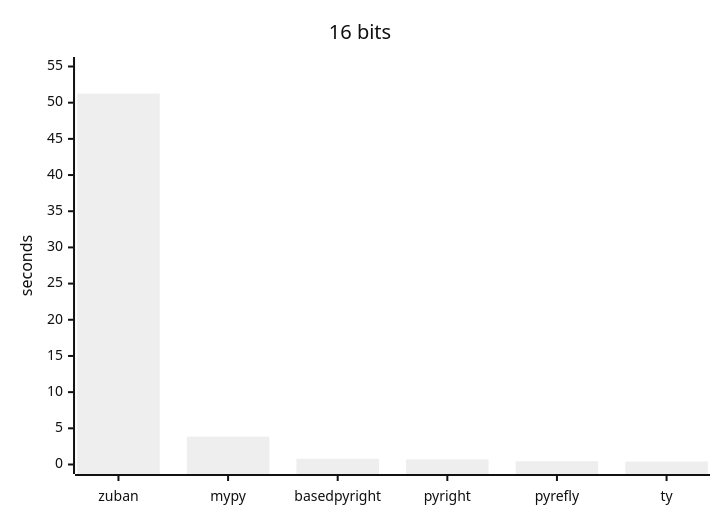
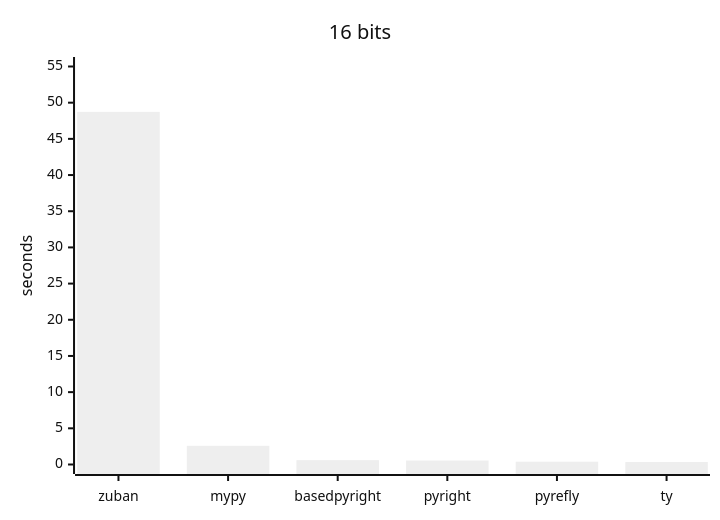
Before and after one commit to JPHutchins/types-bits: the first of 4 diagrams in README.md, drawn with Mermaid (neutral theme). The commit also changed other lines of this file and 7 other files, not shown here.

````diff
--- a/README.md
+++ b/README.md
@@ -43,7 +43,7 @@
 ```mermaid
 xychart-beta
     title "16 bits"
     x-axis [zuban, mypy, basedpyright, pyright, pyrefly, ty]
     y-axis "seconds" 0 --> 55
-    bar [51.26, 3.85, 0.79, 0.70, 0.46, 0.41]
+    bar [48.73, 2.58, 0.60, 0.55, 0.39, 0.34]
 ```
````
